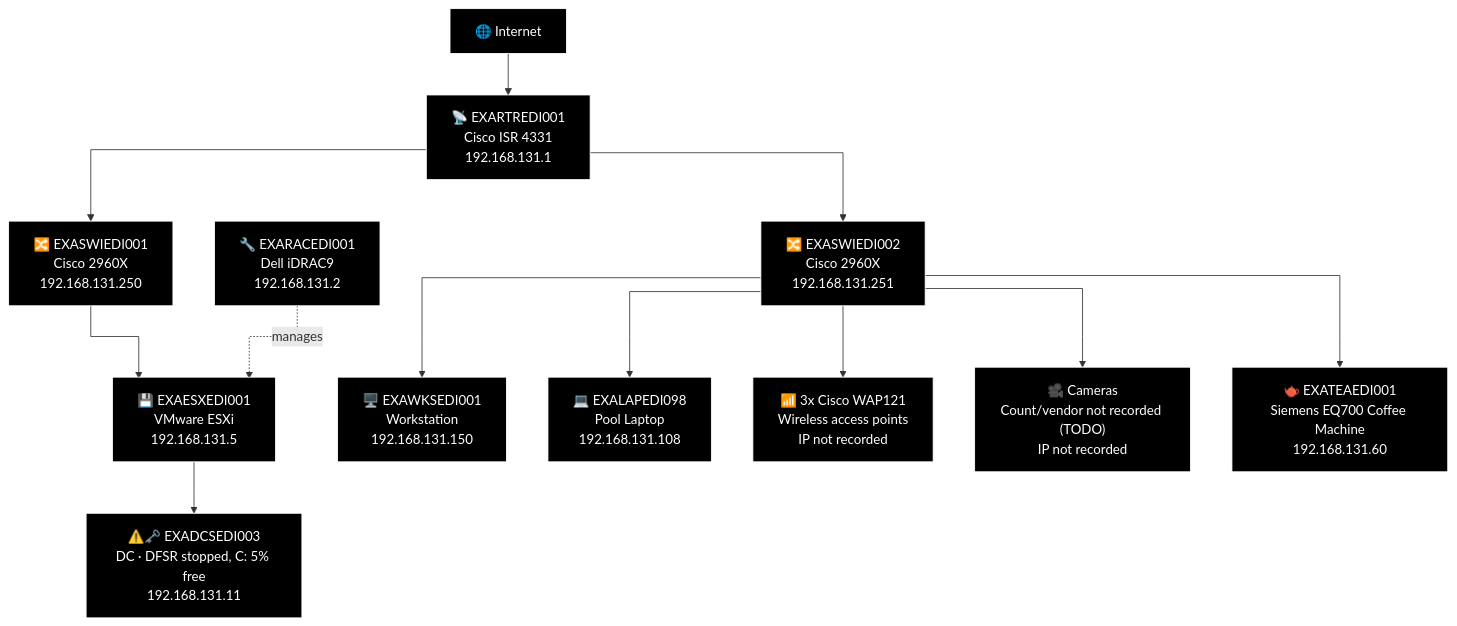
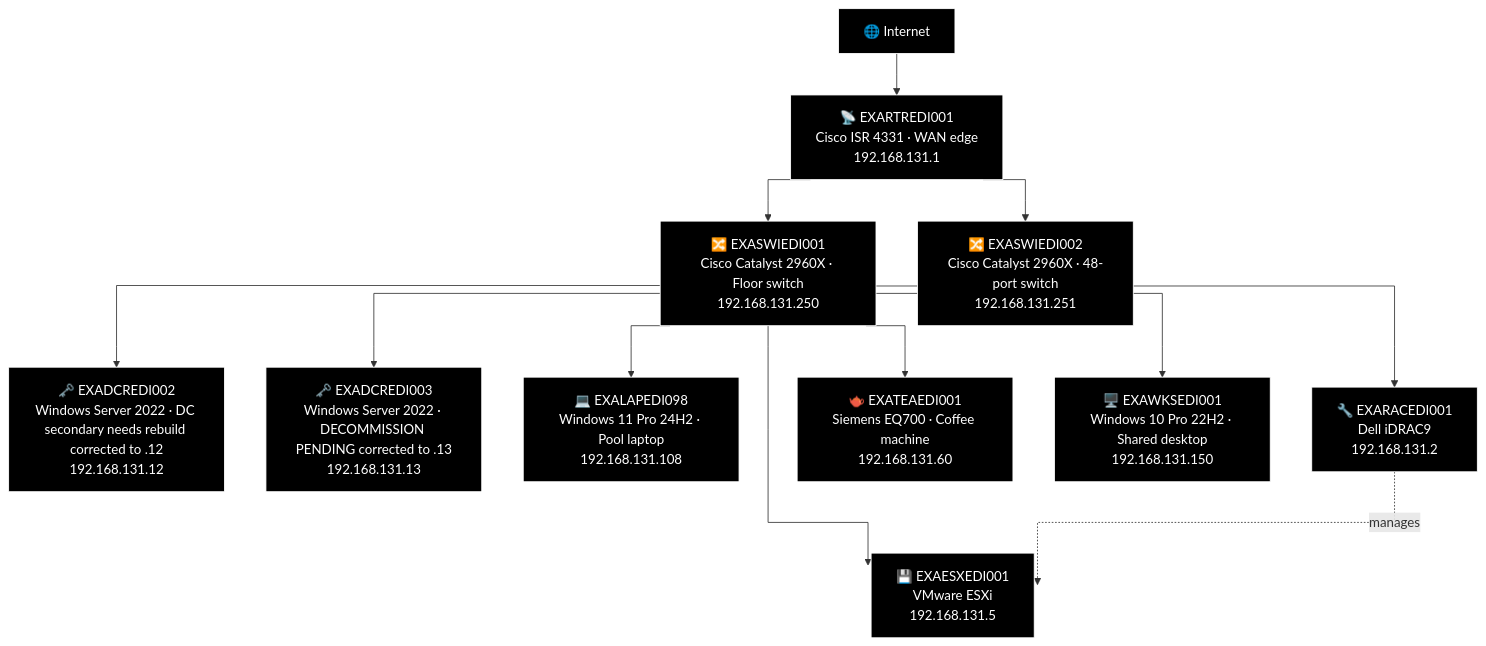
One commit to knightmare2600/example_music_infra changed the fourth of 21 diagrams in docs/network-diagram/scotland.md. Above: the diagram before and after it, drawn with Mermaid. The commit also changed other lines of this file and 8 other files, not shown here.

````diff
--- a/docs/network-diagram/scotland.md
+++ b/docs/network-diagram/scotland.md
@@ -359,41 +353,40 @@
 ```mermaid
+%% GENERATED:OLDNETWORK:EDI:START
 %%{init: {'flowchart': {'curve': 'stepAfter'}}}%%
 graph TD
     O_INET["🌐 Internet"]
-    O_RTR["📡 EXARTREDI001<br/>Cisco ISR 4331<br/>192.168.131.1"]
+    O_RTR["📡 EXARTREDI001<br/>Cisco ISR 4331 · WAN edge<br/>192.168.131.1"]
+    O_SWI1["🔀 EXASWIEDI001<br/>Cisco Catalyst 2960X · Floor switch<br/>192.168.131.250"]
+    O_SWI2["🔀 EXASWIEDI002<br/>Cisco Catalyst 2960X · 48-port switch<br/>192.168.131.251"]
+    O_DCR2["🗝️ EXADCREDI002<br/>Windows Server 2022 · DC secondary needs rebuild corrected to .12<br/>192.168.131.12"]
+    O_DCR3["🗝️ EXADCREDI003<br/>Windows Server 2022 · DECOMMISSION PENDING corrected to .13<br/>192.168.131.13"]
+    O_ESX["💾 EXAESXEDI001<br/>VMware ESXi<br/>192.168.131.5"]
+    O_LAP["💻 EXALAPEDI098<br/>Windows 11 Pro 24H2 · Pool laptop<br/>192.168.131.108"]
+    O_RAC["🔧 EXARACEDI001<br/>Dell iDRAC9<br/>192.168.131.2"]
+    O_TEA["🫖 EXATEAEDI001<br/>Siemens EQ700 · Coffee machine<br/>192.168.131.60"]
+    O_WKS["🖥️ EXAWKSEDI001<br/>Windows 10 Pro 22H2 · Shared desktop<br/>192.168.131.150"]
     O_INET --> O_RTR
-    O_SW1["🔀 EXASWIEDI001<br/>Cisco 2960X<br/>192.168.131.250"]
-    O_SW2["🔀 EXASWIEDI002<br/>Cisco 2960X<br/>192.168.131.251"]
-    O_RTR --> O_SW1
-    O_RTR --> O_SW2
-
-    O_RAC["🔧 EXARACEDI001<br/>Dell iDRAC9<br/>192.168.131.2"]
-    O_ESX["💾 EXAESXEDI001<br/>VMware ESXi<br/>192.168.131.5"]
-    O_DC["⚠️🗝️ EXADCSEDI003<br/>DC · DFSR stopped, C: 5% free<br/>192.168.131.11"]
-    O_SW1 --> O_ESX --> O_DC
+    O_RTR --> O_SWI1
+    O_RTR --> O_SWI2
+    O_SWI1 --> O_DCR2
+    O_SWI1 --> O_DCR3
+    O_SWI1 --> O_ESX
+    O_SWI1 --> O_LAP
+    O_SWI1 --> O_RAC
     O_RAC -.->|"manages"| O_ESX
-
-    O_WKS["🖥️ EXAWKSEDI001<br/>Workstation<br/>192.168.131.150"]
-    O_LAP["💻 EXALAPEDI098<br/>Pool Laptop<br/>192.168.131.108"]
-    O_WAP["📶 3x Cisco WAP121<br/>Wireless access points<br/>IP not recorded"]
-    O_CAM["🎥 Cameras<br/>Count/vendor not recorded (TODO)<br/>IP not recorded"]
-    O_COF["🫖 EXATEAEDI001<br/>Siemens EQ700 Coffee Machine<br/>192.168.131.60"]
-    O_SW2 --> O_WKS
-    O_SW2 --> O_LAP
-    O_SW2 --> O_WAP
-    O_SW2 --> O_CAM
-    O_SW2 --> O_COF
+    O_SWI1 --> O_TEA
+    O_SWI1 --> O_WKS
 
     style O_INET fill:#000000,stroke:#FFFFFF,color:#FFFFFF
     style O_RTR fill:#000000,stroke:#FFFFFF,color:#FFFFFF
-    style O_SW1 fill:#000000,stroke:#FFFFFF,color:#FFFFFF
-    style O_SW2 fill:#000000,stroke:#FFFFFF,color:#FFFFFF
+    style O_SWI1 fill:#000000,stroke:#FFFFFF,color:#FFFFFF
+    style O_SWI2 fill:#000000,stroke:#FFFFFF,color:#FFFFFF
+    style O_DCR2 fill:#000000,stroke:#FFFFFF,color:#FFFFFF
+    style O_DCR3 fill:#000000,stroke:#FFFFFF,color:#FFFFFF
+    style O_ESX fill:#000000,stroke:#FFFFFF,color:#FFFFFF
+    style O_LAP fill:#000000,stroke:#FFFFFF,color:#FFFFFF
     style O_RAC fill:#000000,stroke:#FFFFFF,color:#FFFFFF
-    style O_ESX fill:#000000,stroke:#FFFFFF,color:#FFFFFF
-    style O_DC fill:#000000,stroke:#FFFFFF,color:#FFFFFF
+    style O_TEA fill:#000000,stroke:#FFFFFF,color:#FFFFFF
     style O_WKS fill:#000000,stroke:#FFFFFF,color:#FFFFFF
-    style O_LAP fill:#000000,stroke:#FFFFFF,color:#FFFFFF
-    style O_WAP fill:#000000,stroke:#FFFFFF,color:#FFFFFF
-    style O_CAM fill:#000000,stroke:#FFFFFF,color:#FFFFFF
-    style O_COF fill:#000000,stroke:#FFFFFF,color:#FFFFFF
+%% GENERATED:OLDNETWORK:EDI:END
 ```
````
